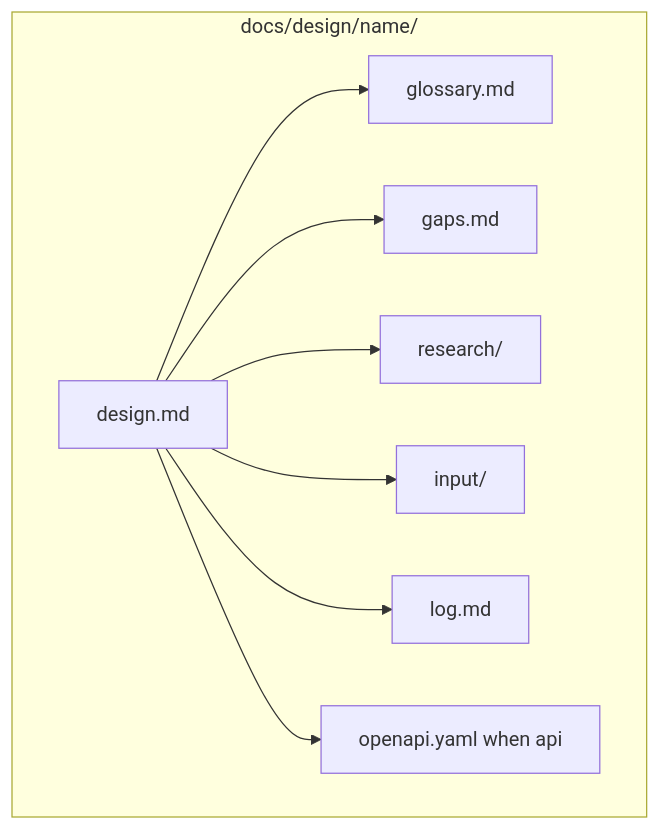
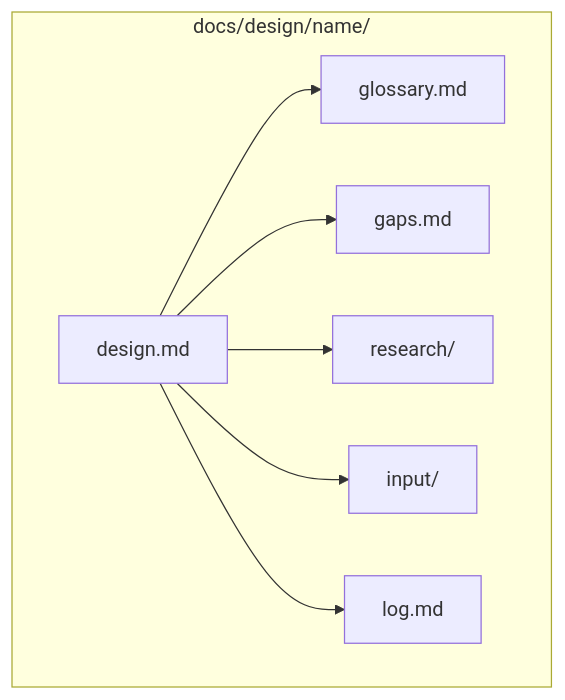
Before and after one commit to svennijhuis/agentPacks: the second of 5 diagrams in docs/adr/0003-productivity-plugin-tech-design.md, drawn with Mermaid. The commit also changed other lines of this file and 17 other files, not shown here.

First line of the commit message:
docs(productivity): keep the api contract in design.md

````diff
--- a/docs/adr/0003-productivity-plugin-tech-design.md
+++ b/docs/adr/0003-productivity-plugin-tech-design.md
@@ -69,18 +68,16 @@
 ```mermaid
 flowchart TB
   subgraph folder ["docs/design/name/"]
     design["design.md"]
     glossary["glossary.md"]
     gaps["gaps.md"]
     researchDir["research/"]
     inputDir["input/"]
     log["log.md"]
-    openapi["openapi.yaml when api"]
     design --> glossary
     design --> gaps
     design --> researchDir
     design --> inputDir
     design --> log
-    design --> openapi
   end
 ```
````
